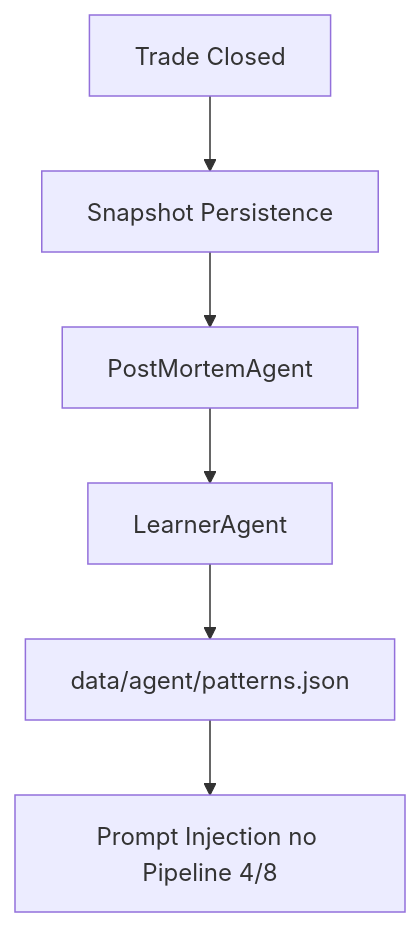
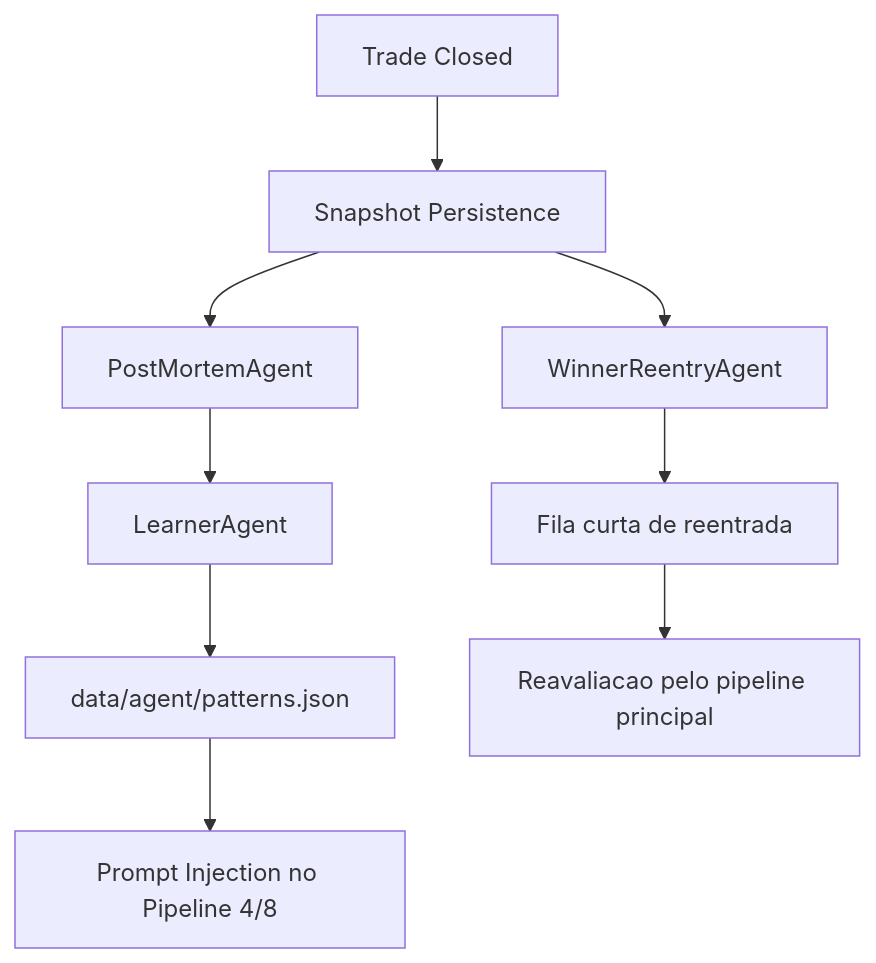
Before and after one commit to ancgci/pumpfun-bonding-curve-mvp: the second of 2 diagrams in docs/AI_AGENTS_ARCHITECTURE.md, drawn with Mermaid. The commit also changed other lines of this file and 22 other files, not shown here.

Commit message:
feat: introduce winner reentry agent and simplify micro-confirmation logic.

````diff
--- a/docs/AI_AGENTS_ARCHITECTURE.md
+++ b/docs/AI_AGENTS_ARCHITECTURE.md
@@ -66,8 +71,11 @@
 ```mermaid
 graph TD
     A[Trade Closed] --> B[Snapshot Persistence]
     B --> C[PostMortemAgent]
     C --> D[LearnerAgent]
     D --> E[data/agent/patterns.json]
     E --> F[Prompt Injection no Pipeline 4/8]
+    B --> G[WinnerReentryAgent]
+    G --> H[Fila curta de reentrada]
+    H --> I[Reavaliacao pelo pipeline principal]
 ```
````
